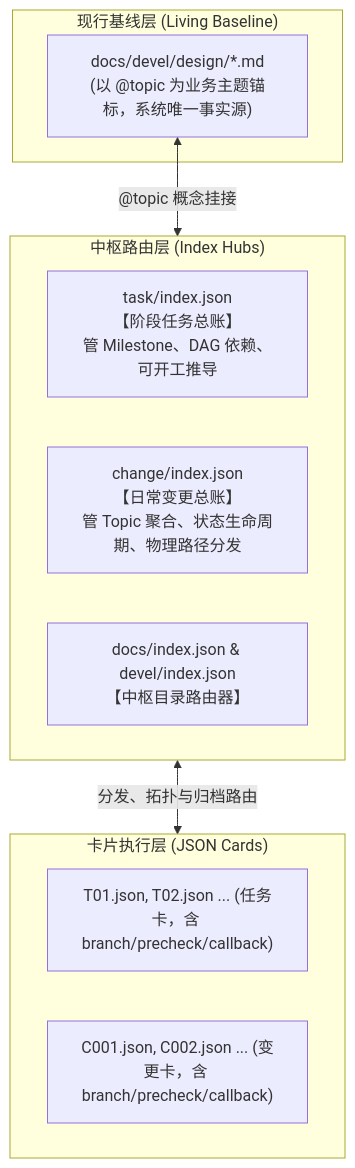
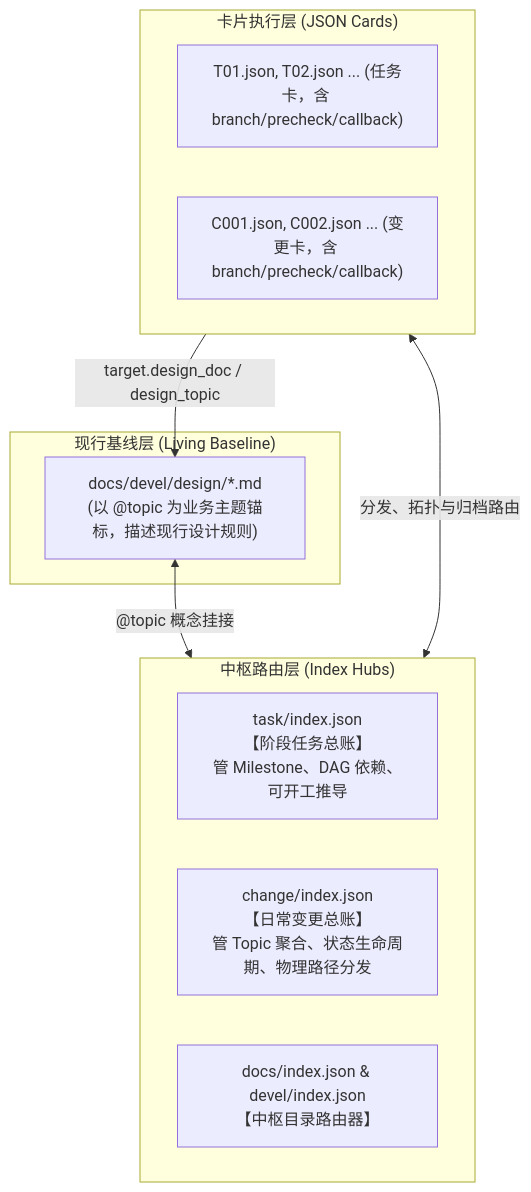
Before and after one commit to 4everSivan/ad-flow: the diagram in README.md, drawn with Mermaid. The commit also changed other lines of this file, not shown here.

````diff
--- a/README.md
+++ b/README.md
@@ -59,20 +73,21 @@
 ```mermaid
 flowchart TD
     subgraph BaselineLayer["现行基线层 (Living Baseline)"]
-        D["docs/devel/design/*.md\n(以 @topic 为业务主题锚标，系统唯一事实源)"]
+        D["docs/devel/design/*.md\n(以 @topic 为业务主题锚标，描述现行设计规则)"]
     end
 
     subgraph HubLayer["中枢路由层 (Index Hubs)"]
         THub["task/index.json\n【阶段任务总账】\n管 Milestone、DAG 依赖、可开工推导"]
         CHub["change/index.json\n【日常变更总账】\n管 Topic 聚合、状态生命周期、物理路径分发"]
         TopHub["docs/index.json & devel/index.json\n【中枢目录路由器】"]
     end
 
     subgraph ItemLayer["卡片执行层 (JSON Cards)"]
         TCards["T01.json, T02.json ... (任务卡，含 branch/precheck/callback)"]
         CCards["C001.json, C002.json ... (变更卡，含 branch/precheck/callback)"]
     end
 
     D <-->|"@topic 概念挂接"| HubLayer
     HubLayer <-->|"分发、拓扑与归档路由"| ItemLayer
+    ItemLayer -->|"target.design_doc / design_topic"| D
 ```
````
